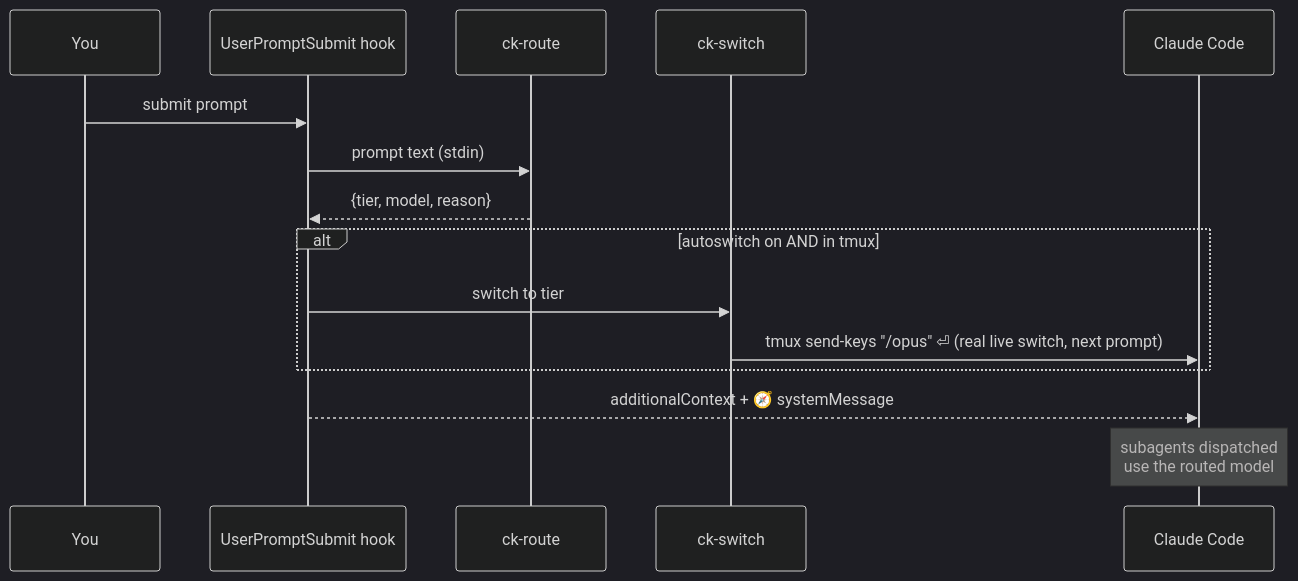
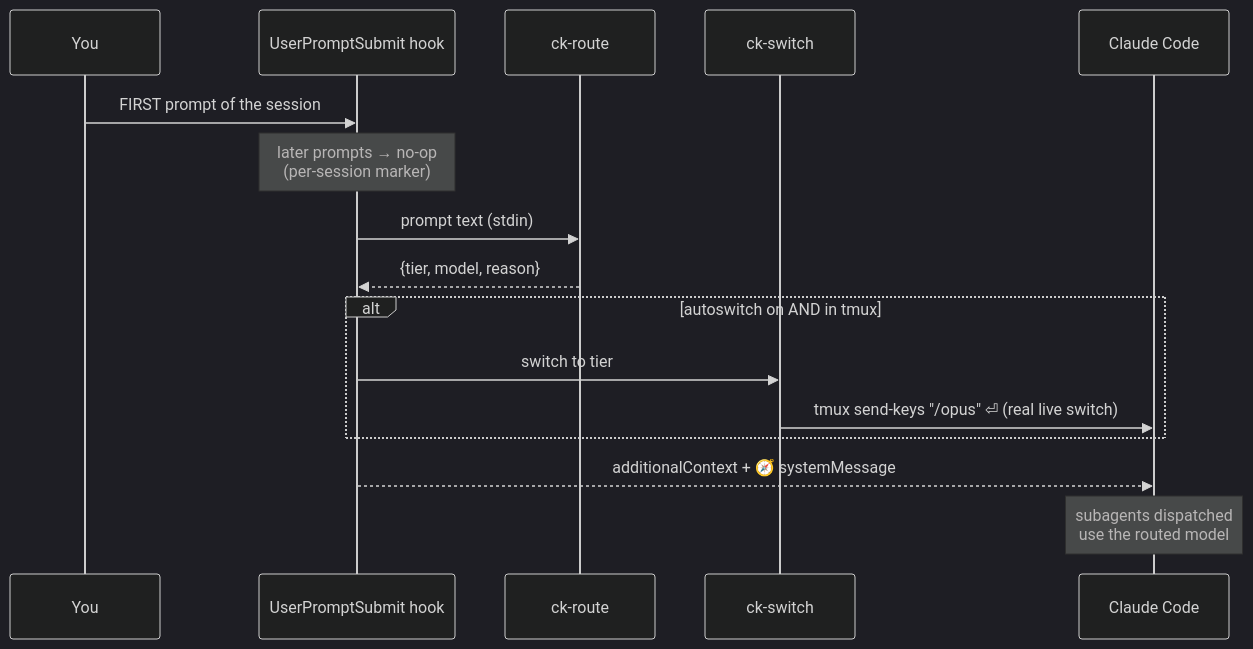
The second of 3 diagrams in README.md (CrazyMan28/claude_knows), drawn with Mermaid (dark theme) before and after one commit. The commit also changed other lines of this file and 4 other files, not shown here.

First line of the commit message:
Model routing fires only on the FIRST prompt of a session

````diff
--- a/README.md
+++ b/README.md
@@ -51,18 +53,19 @@
 ```mermaid
 sequenceDiagram
     participant You
     participant Hook as UserPromptSubmit hook
     participant Route as ck-route
     participant Switch as ck-switch
     participant CC as Claude Code
 
-    You->>Hook: submit prompt
+    You->>Hook: FIRST prompt of the session
+    Note over Hook: later prompts → no-op<br/>(per-session marker)
     Hook->>Route: prompt text (stdin)
     Route-->>Hook: {tier, model, reason}
     alt autoswitch on AND in tmux
         Hook->>Switch: switch to tier
-        Switch->>CC: tmux send-keys "/opus" ⏎  (real live switch, next prompt)
+        Switch->>CC: tmux send-keys "/opus" ⏎  (real live switch)
     end
     Hook-->>CC: additionalContext + 🧭 systemMessage
     Note over CC: subagents dispatched<br/>use the routed model
 ```
````
